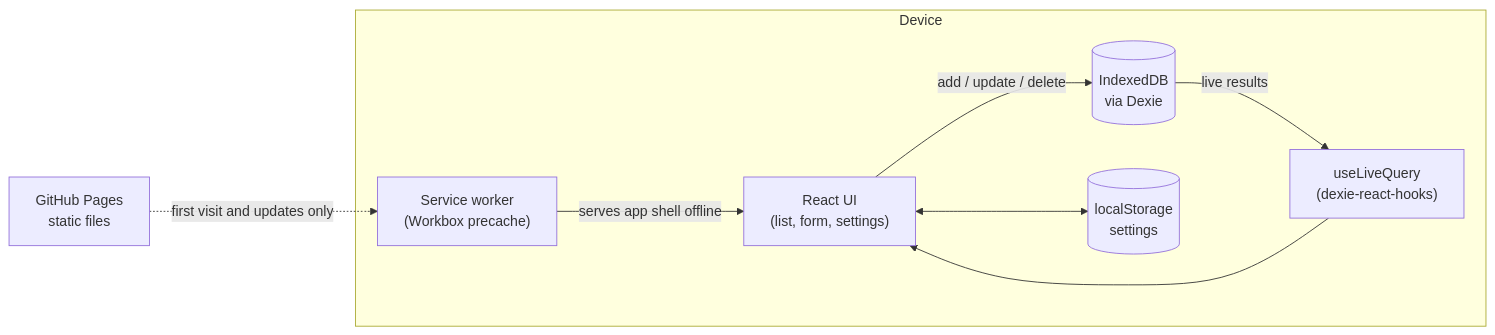
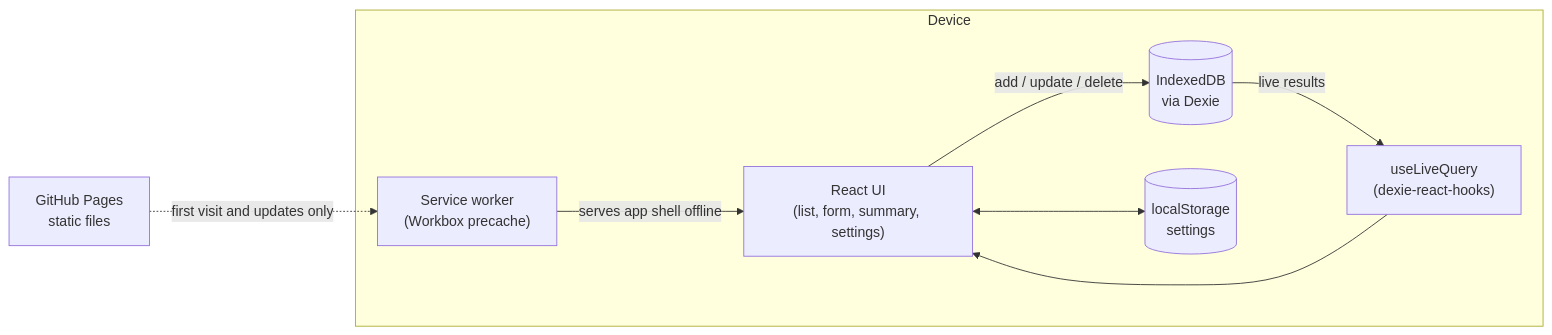
The diagram in README.md (Apex-Tech-LLC/nail-tracker), drawn with Mermaid before and after one commit. The commit also changed other lines of this file and 7 other files, not shown here.

````diff
--- a/README.md
+++ b/README.md
@@ -36,17 +41,17 @@
 ```mermaid
 flowchart LR
   subgraph Device
-    UI["React UI<br/>(list, form, settings)"]
+    UI["React UI<br/>(list, form, summary, settings)"]
     Hooks["useLiveQuery<br/>(dexie-react-hooks)"]
     DB[("IndexedDB<br/>via Dexie")]
     LS[("localStorage<br/>settings")]
     SW["Service worker<br/>(Workbox precache)"]
   end
   Pages["GitHub Pages<br/>static files"]
 
   UI -- "add / update / delete" --> DB
   DB -- "live results" --> Hooks --> UI
   UI <--> LS
   SW -- "serves app shell offline" --> UI
   Pages -. "first visit and updates only" .-> SW
 ```
````
